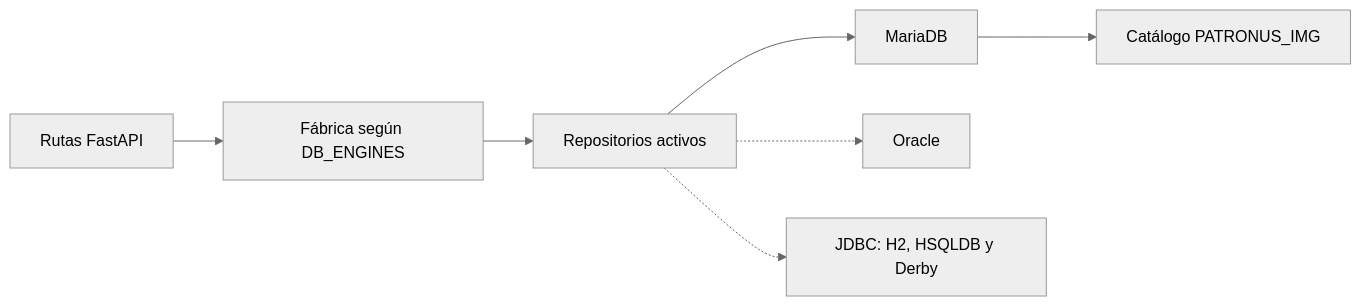
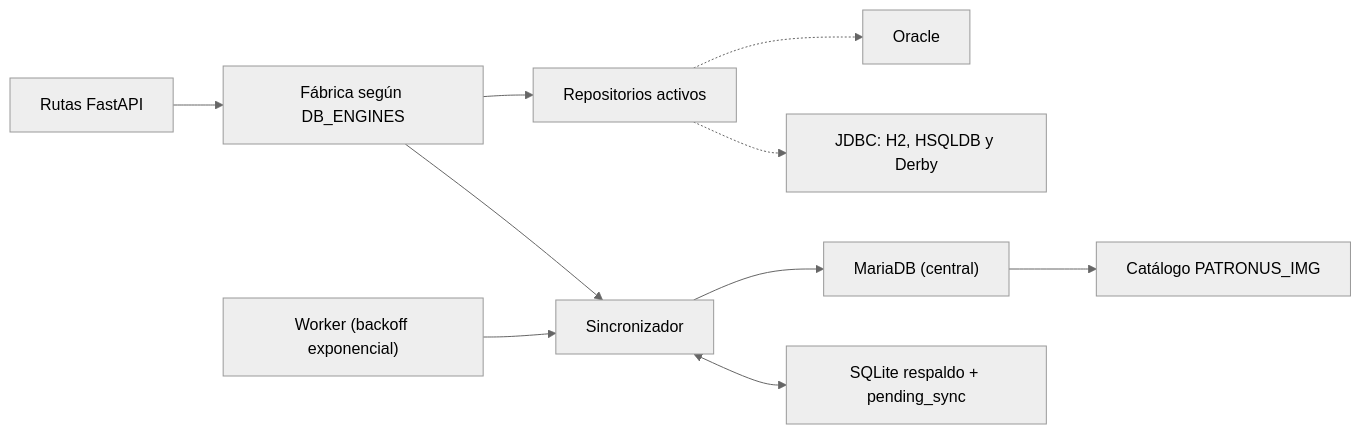
One commit to dm2-ethazi/Reto01-Omni3 changed the diagram in api/README.md. Above: the diagram before and after it, drawn with Mermaid (neutral theme). The commit also changed other lines of this file and 1 other file, not shown here.

````diff
--- a/api/README.md
+++ b/api/README.md
@@ -288,9 +385,12 @@
 ```mermaid
 flowchart LR
     rutas["Rutas FastAPI"] --> fabrica["Fábrica según DB_ENGINES"]
     fabrica --> repos["Repositorios activos"]
-    repos --> maria["MariaDB"]
+    fabrica --> sinc["Sincronizador"]
+    sinc --> maria["MariaDB (central)"]
+    sinc <--> sqlite["SQLite respaldo + pending_sync"]
+    worker["Worker (backoff exponencial)"] --> sinc
     repos -.-> oracle["Oracle"]
     repos -.-> jdbc["JDBC: H2, HSQLDB y Derby"]
     maria --> catalogo["Catálogo PATRONUS_IMG"]
 ```
````
